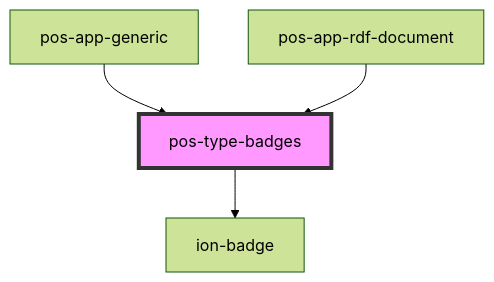
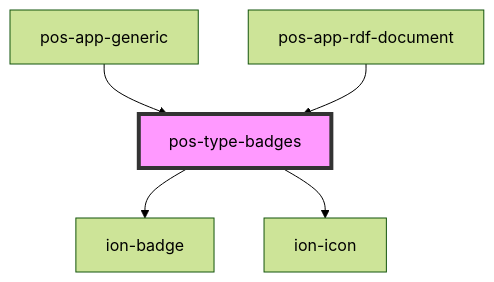
One commit to pod-os/PodOS changed the diagram in docs/elements/components/pos-type-badges/readme.md. Above: the diagram before and after it, drawn with Mermaid (forest theme). The commit also changed other lines of this file and 15 other files, not shown here.

````diff
--- a/docs/elements/components/pos-type-badges/readme.md
+++ b/docs/elements/components/pos-type-badges/readme.md
@@ -27,7 +28,8 @@
 ```mermaid
 graph TD;
   pos-type-badges --> ion-badge
+  pos-type-badges --> ion-icon
   pos-app-generic --> pos-type-badges
   pos-app-rdf-document --> pos-type-badges
   style pos-type-badges fill:#f9f,stroke:#333,stroke-width:4px
 ```
````
